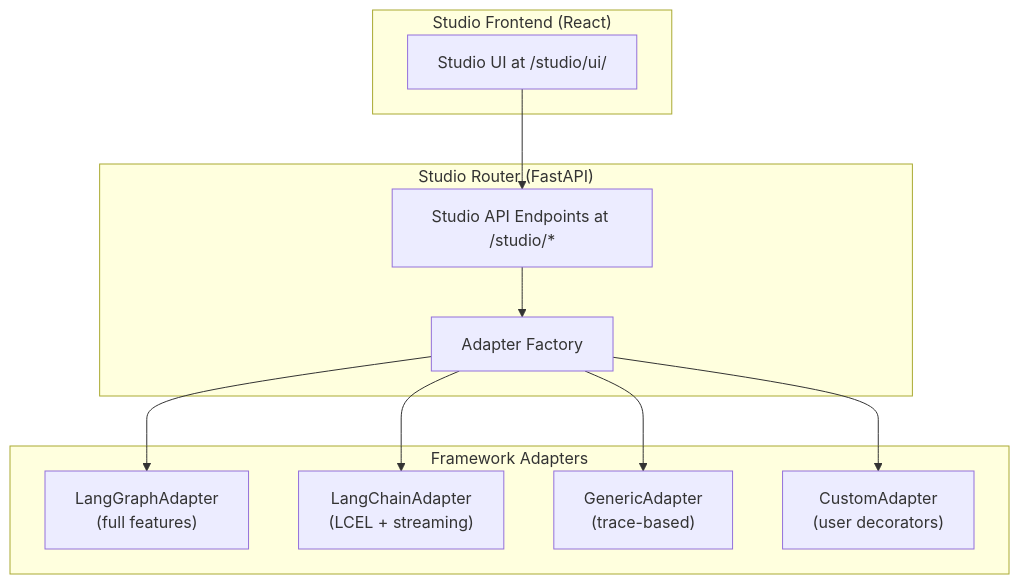
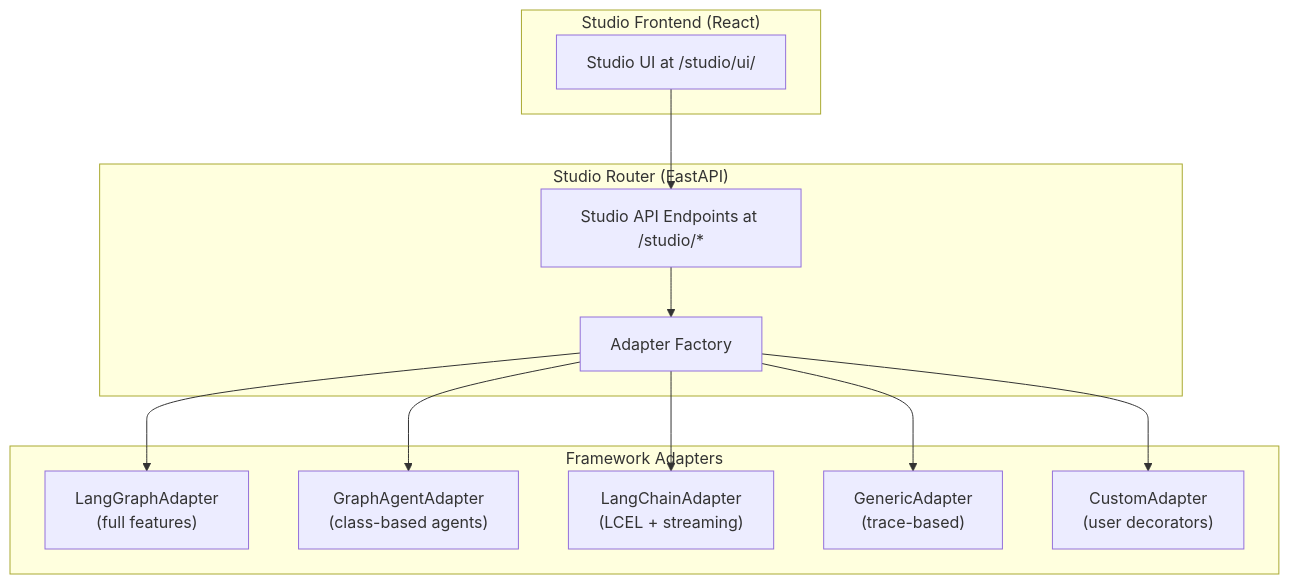
Before and after one commit to UnicoLab/agentomatic: the diagram in docs/guide/studio.md, drawn with Mermaid. The commit also changed other lines of this file and 27 other files, not shown here.

````diff
--- a/docs/guide/studio.md
+++ b/docs/guide/studio.md
@@ -411,25 +411,27 @@
 ```mermaid
 graph TB
     subgraph Frontend["Studio Frontend (React)"]
         UI["Studio UI at /studio/ui/"]
     end
 
     subgraph Router["Studio Router (FastAPI)"]
         SR["Studio API Endpoints at /studio/*"]
         AF["Adapter Factory"]
     end
 
     subgraph Adapters["Framework Adapters"]
         LGA["LangGraphAdapter<br/>(full features)"]
+        GAA["GraphAgentAdapter<br/>(class-based agents)"]
         LCA["LangChainAdapter<br/>(LCEL + streaming)"]
         GA["GenericAdapter<br/>(trace-based)"]
         CA["CustomAdapter<br/>(user decorators)"]
     end
 
     UI --> SR
     SR --> AF
     AF --> LGA
+    AF --> GAA
     AF --> LCA
     AF --> GA
     AF --> CA
 ```
````
